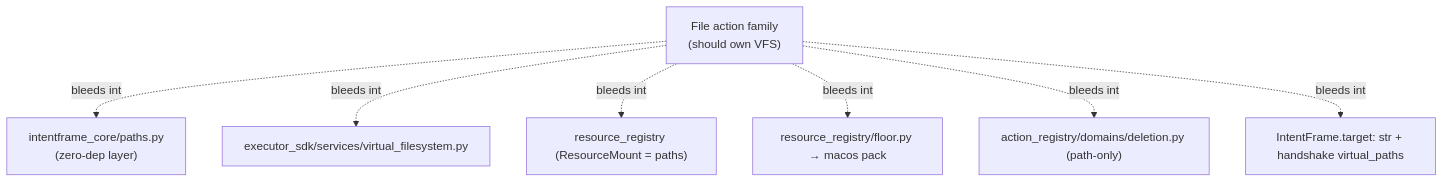
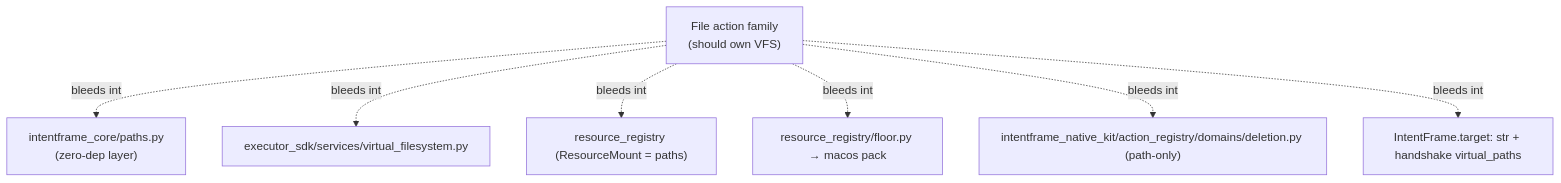
One commit to intentframe/intentframe changed the diagram in TODO/vfs_bleed_in_core.md. Above: the diagram before and after it, drawn with Mermaid. The commit also changed other lines of this file and 346 other files, not shown here.

Commit message:
create intentframe native kit

````diff
--- a/TODO/vfs_bleed_in_core.md
+++ b/TODO/vfs_bleed_in_core.md
@@ -85,16 +85,16 @@
 ```mermaid
 flowchart TD
   FileFamily["File action family<br/>(should own VFS)"]
   Core["intentframe_core/paths.py<br/>(zero-dep layer)"]
   SDK["executor_sdk/services/virtual_filesystem.py"]
   RR["resource_registry (ResourceMount = paths)"]
   Floor["resource_registry/floor.py → macos pack"]
-  Domain["action_registry/domains/deletion.py (path-only)"]
+  Domain["intentframe_native_kit/action_registry/domains/deletion.py (path-only)"]
   IF["IntentFrame.target: str + handshake virtual_paths"]
   FileFamily -.bleeds into.-> Core
   FileFamily -.bleeds into.-> SDK
   FileFamily -.bleeds into.-> RR
   FileFamily -.bleeds into.-> Floor
   FileFamily -.bleeds into.-> Domain
   FileFamily -.bleeds into.-> IF
 ```
````
